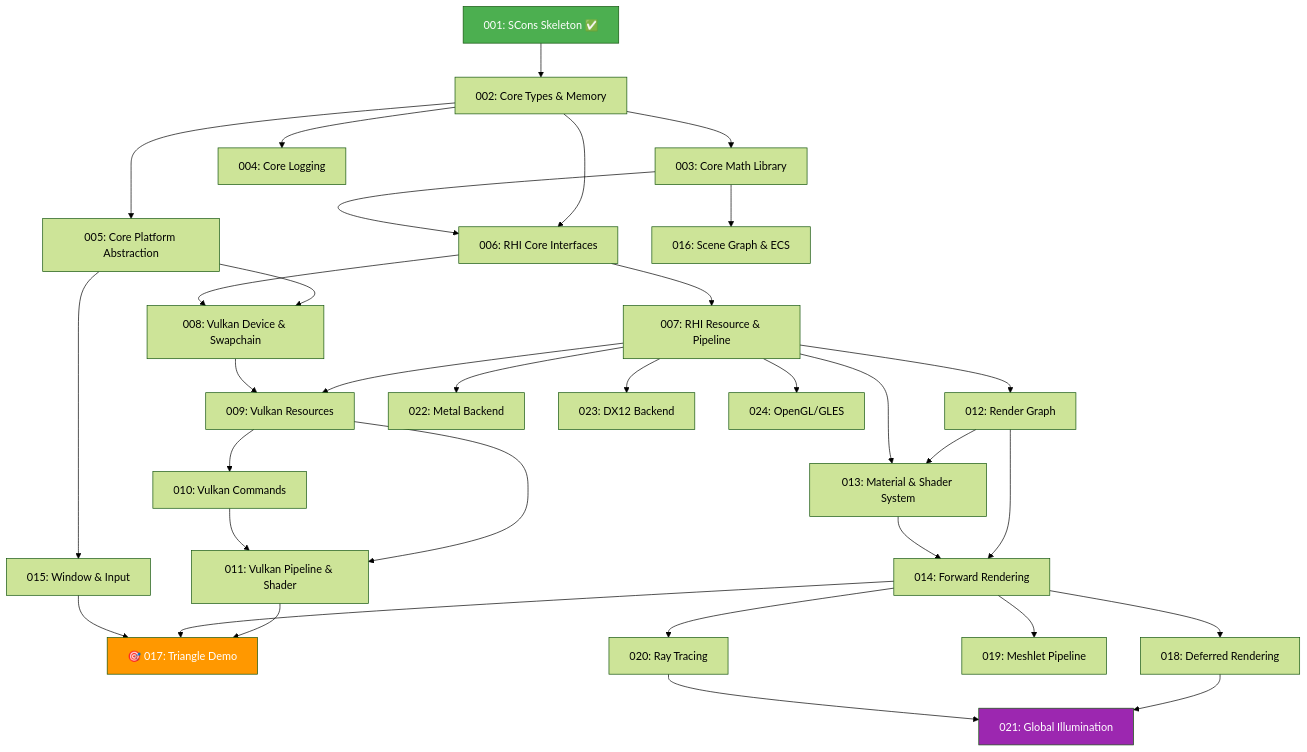
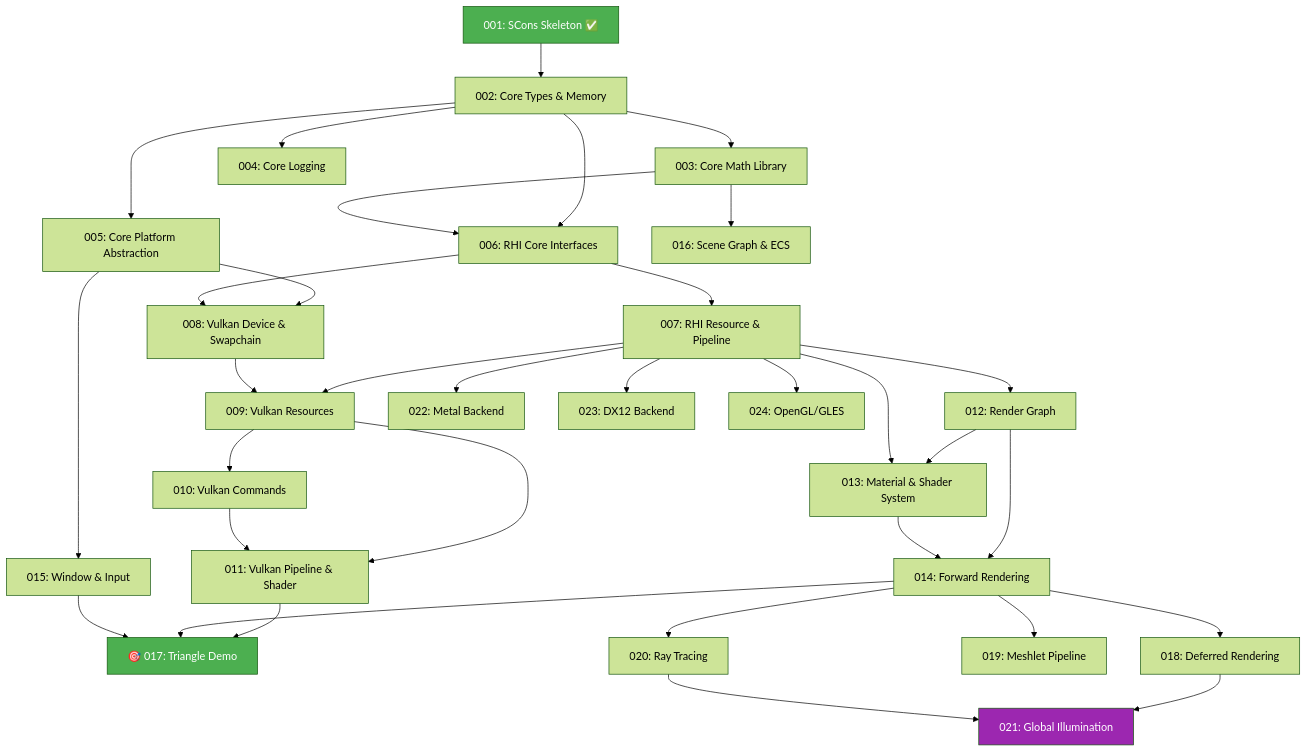
One commit to WSSStone/stoner-graphics-lab changed the diagram in doc/roadmap.md. Above: the diagram before and after it, drawn with Mermaid (forest theme). The commit also changed other lines of this file and 5 other files, not shown here.

````diff
--- a/doc/roadmap.md
+++ b/doc/roadmap.md
@@ -148,46 +148,46 @@
 ```mermaid
 graph TD
     P001[001: SCons Skeleton ✅] --> P002[002: Core Types & Memory]
     P002 --> P003[003: Core Math Library]
     P002 --> P004[004: Core Logging]
     P002 --> P005[005: Core Platform Abstraction]
     
     P002 --> P006[006: RHI Core Interfaces]
     P003 --> P006
     P006 --> P007[007: RHI Resource & Pipeline]
     
     P005 --> P008[008: Vulkan Device & Swapchain]
     P006 --> P008
     P007 --> P009[009: Vulkan Resources]
     P008 --> P009
     P009 --> P010[010: Vulkan Commands]
     P009 --> P011[011: Vulkan Pipeline & Shader]
     P010 --> P011
     
     P007 --> P012[012: Render Graph]
     P012 --> P013[013: Material & Shader System]
     P007 --> P013
     P012 --> P014[014: Forward Rendering]
     P013 --> P014
     
     P005 --> P015[015: Window & Input]
     P003 --> P016[016: Scene Graph & ECS]
     
     P011 --> P017[🎯 017: Triangle Demo]
     P014 --> P017
     P015 --> P017
     
     P014 --> P018[018: Deferred Rendering]
     P014 --> P019[019: Meshlet Pipeline]
     P014 --> P020[020: Ray Tracing]
     P018 --> P021[021: Global Illumination]
     P020 --> P021
     
     P007 --> P022[022: Metal Backend]
     P007 --> P023[023: DX12 Backend]
     P007 --> P024[024: OpenGL/GLES]
     
     style P001 fill:#4CAF50,color:#fff
-    style P017 fill:#FF9800,color:#fff
+    style P017 fill:#4CAF50,color:#fff
     style P021 fill:#9C27B0,color:#fff
 ```
````
